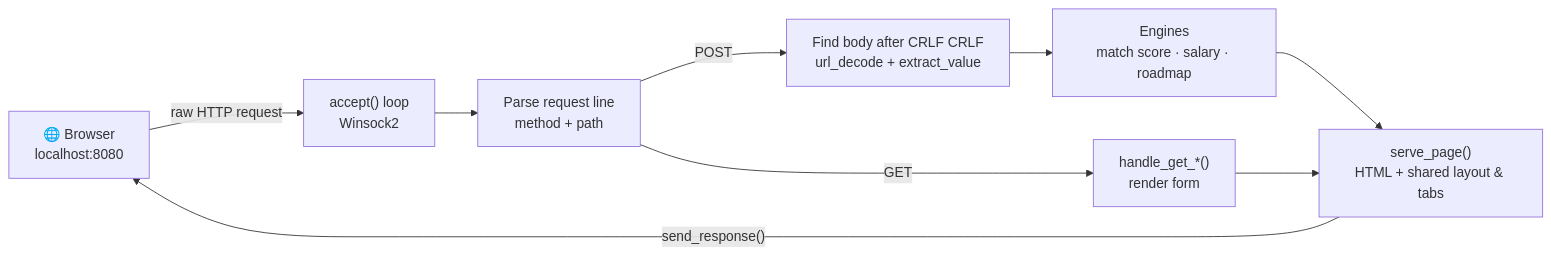
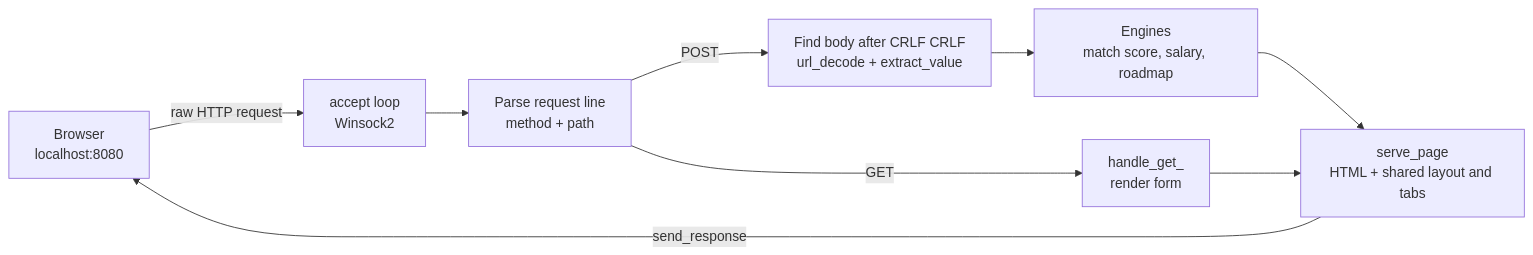
Before and after one commit to Stanvi09/PlacementAdvisor-app: the diagram in README.md, drawn with Mermaid.

Commit message:
Simplify architecture diagram so GitHub renders it

````diff
--- a/README.md
+++ b/README.md
@@ -41,11 +41,11 @@
 ```mermaid
 flowchart LR
-    B["🌐 Browser<br/>localhost:8080"] -->|"raw HTTP request"| S["accept() loop<br/>Winsock2"]
+    B["Browser<br/>localhost:8080"] -->|"raw HTTP request"| S["accept loop<br/>Winsock2"]
     S --> P["Parse request line<br/>method + path"]
-    P -->|"GET"| G["handle_get_*()<br/>render form"]
+    P -->|"GET"| G["handle_get_<br/>render form"]
     P -->|"POST"| F["Find body after CRLF CRLF<br/>url_decode + extract_value"]
-    F --> E["Engines<br/>match score · salary · roadmap"]
-    E --> R["serve_page()<br/>HTML + shared layout & tabs"]
+    F --> E["Engines<br/>match score, salary, roadmap"]
+    E --> R["serve_page<br/>HTML + shared layout and tabs"]
     G --> R
-    R -->|"send_response()"| B
+    R -->|"send_response"| B
 ```
````
